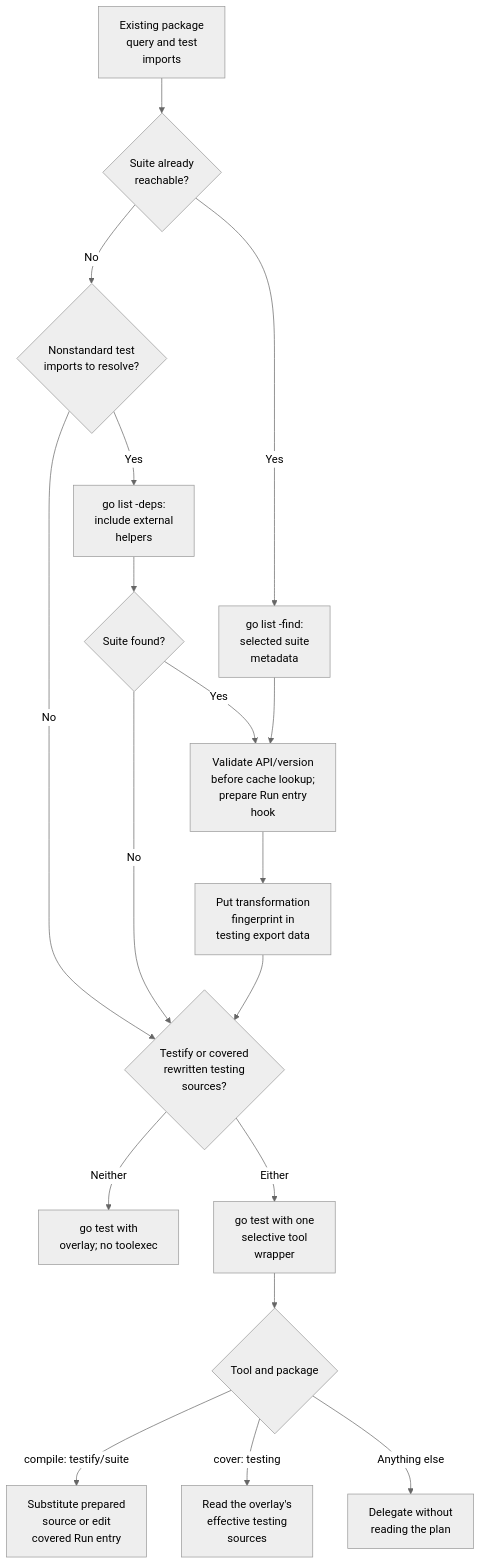
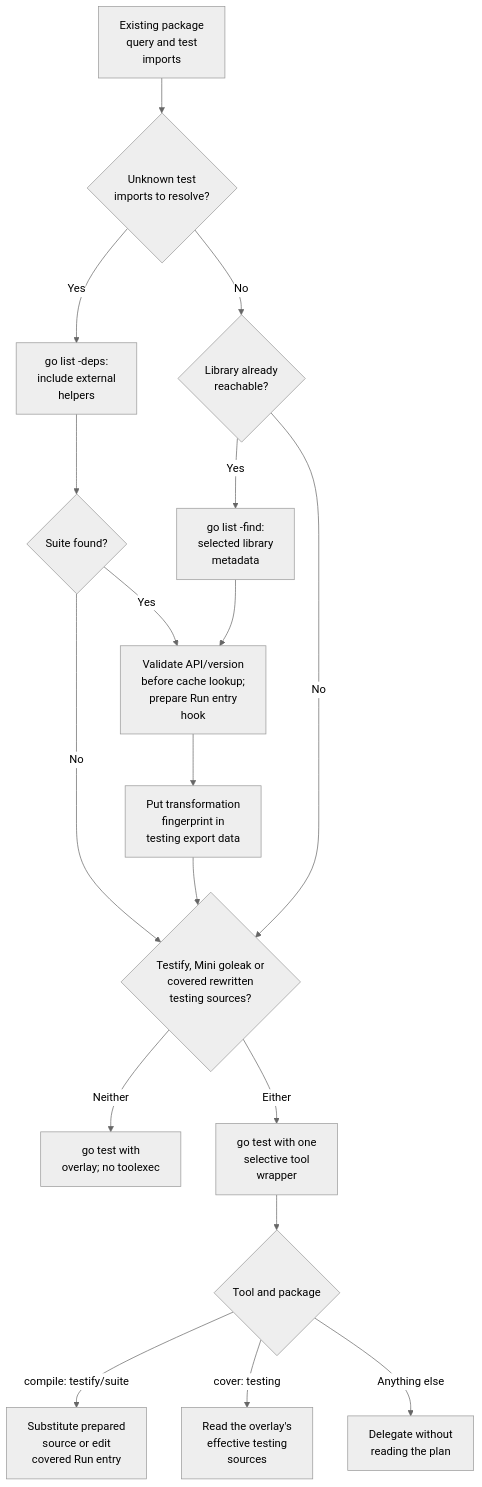
One commit to tonyredondo/dd-ci-testing-poc changed the first of 2 diagrams in docs/testify.md. Above: the diagram before and after it, drawn with Mermaid (neutral theme). The commit also changed other lines of this file and 106 other files, not shown here.

````diff
--- a/docs/testify.md
+++ b/docs/testify.md
@@ -16,20 +16,20 @@
 ```mermaid
 flowchart TD
-    Resolve["Existing package<br/>query and test<br/>imports"] --> Known{"Suite already<br/>reachable?"}
-    Known -->|Yes| Find["go list -find:<br/>selected suite<br/>metadata"]
-    Known -->|No| Unknown{"Nonstandard test<br/>imports to resolve?"}
+    Resolve["Existing package<br/>query and test<br/>imports"] --> Unknown{"Unknown test<br/>imports to resolve?"}
     Unknown -->|Yes| Deps["go list -deps:<br/>include external<br/>helpers"]
-    Unknown -->|No| Coverage
+    Unknown -->|No| Known{"Library already<br/>reachable?"}
+    Known -->|Yes| Find["go list -find:<br/>selected library<br/>metadata"]
+    Known -->|No| Coverage
     Deps --> Found{"Suite found?"}
     Found -->|No| Coverage
     Found -->|Yes| Prepare["Validate API/version<br/>before cache lookup;<br/>prepare Run entry<br/>hook"]
     Find --> Prepare
     Prepare --> Fingerprint["Put transformation<br/>fingerprint in<br/>testing export data"]
-    Fingerprint --> Coverage{"Testify or covered<br/>rewritten testing<br/>sources?"}
+    Fingerprint --> Coverage{"Testify, Mini goleak or<br/>covered rewritten<br/>testing sources?"}
     Coverage -->|Neither| Native["go test with<br/>overlay; no toolexec"]
     Coverage -->|Either| Tool["go test with one<br/>selective tool<br/>wrapper"]
     Tool --> Dispatch{"Tool and package"}
     Dispatch -->|compile: testify/suite| Entry["Substitute prepared<br/>source or edit<br/>covered Run entry"]
     Dispatch -->|cover: testing| Bridge["Read the overlay's<br/>effective testing<br/>sources"]
     Dispatch -->|Anything else| Bypass["Delegate without<br/>reading the plan"]
 ```
````
